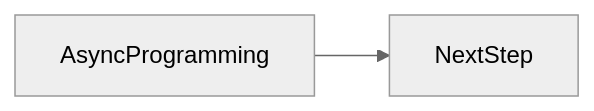
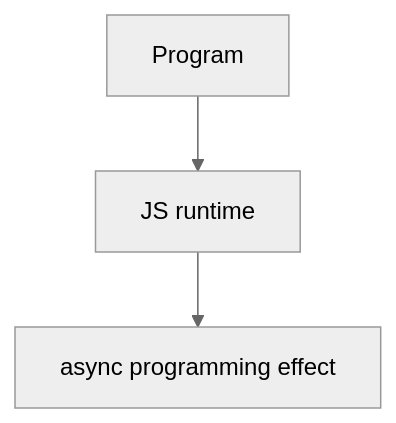
One commit to OmidJavaherii/Frontend-Engineering-Handbook changed the second of 2 diagrams in docs/en/06-javascript/async-programming/index.md. Above: the diagram before and after it, drawn with Mermaid (neutral theme). The commit also changed other lines of this file and 461 other files, not shown here.

````diff
--- a/docs/en/06-javascript/async-programming/index.md
+++ b/docs/en/06-javascript/async-programming/index.md
@@ -95,4 +110,5 @@
 ```mermaid
-flowchart LR
-  concept[AsyncProgramming] --> nextStep[NextStep]
+flowchart TD
+  Code[Program] --> Runtime[JS runtime]
+  Runtime --> Effect[async programming effect]
 ```
````
